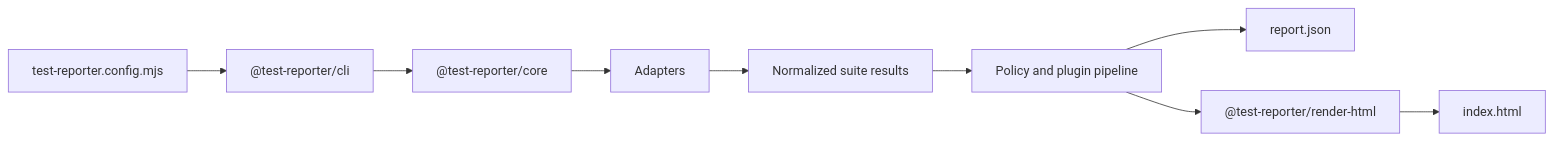
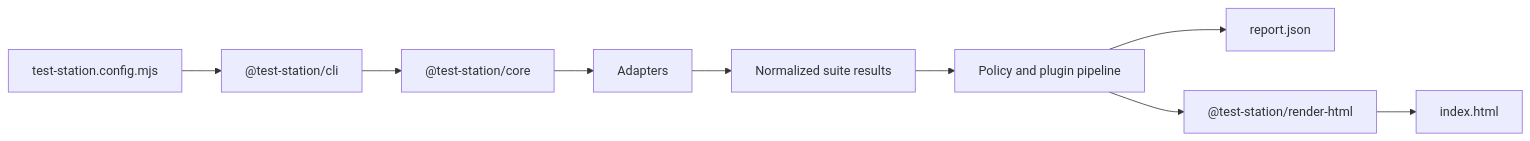
Before and after one commit to smysnk/test-reporter: the diagram in README.md, drawn with Mermaid. The commit also changed other lines of this file and 44 other files, not shown here.

````diff
--- a/README.md
+++ b/README.md
@@ -65,11 +65,11 @@
 ```mermaid
 flowchart LR
-  A["test-reporter.config.mjs"] --> B["@test-reporter/cli"]
-  B --> C["@test-reporter/core"]
+  A["test-station.config.mjs"] --> B["@test-station/cli"]
+  B --> C["@test-station/core"]
   C --> D["Adapters"]
   D --> E["Normalized suite results"]
   E --> F["Policy and plugin pipeline"]
   F --> G["report.json"]
-  F --> H["@test-reporter/render-html"]
+  F --> H["@test-station/render-html"]
   H --> I["index.html"]
 ```
````
